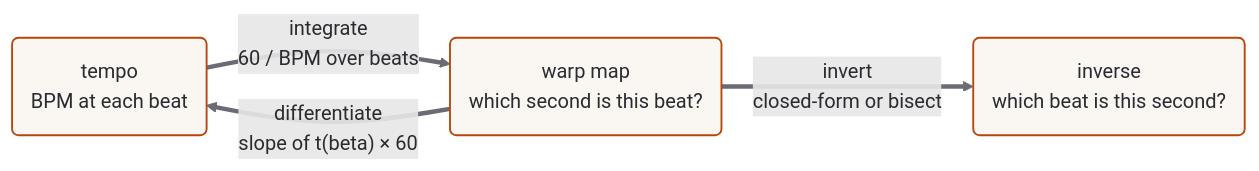
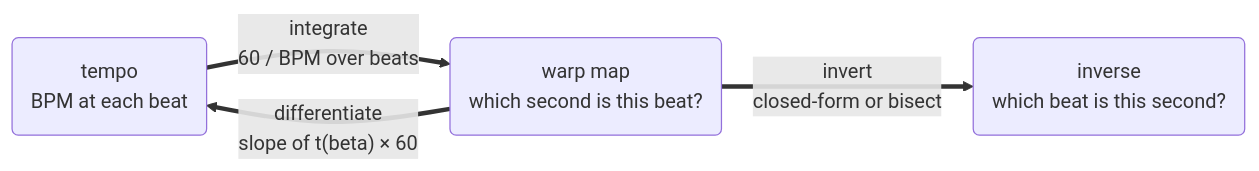
The diagram in docs/01-the-integral.md (naomiaro/warp-markers), drawn with Mermaid before and after one commit. The commit also changed other lines of this file and 1 other file, not shown here.

Commit message:
docs: make Mermaid diagram readable in dark mode
The previous diagram hard-coded #2a2a30 (near-black) text and a cream
fill, which became invisible against VitePress's dark page background.

Mermaid renders once per page and does not re-render when VitePress's
light/dark toggle fires, so styling can't live in mermaid's own theme
config. Instead, all colors are now driven by VitePress CSS variables
in docs/.vitepress/theme/custom.css:

  node fill           -> var(--vp-c-bg-soft)
  node + edge stroke  -> var(--vp-c-brand-1) / var(--vp-c-text-3)
  all label text      -> var(--vp-c-text-1)
  edge label boxes    -> var(--vp-c-bg-soft)

The CSS vars adapt to dark/light automatically, so a single SVG render
reads in both modes. Inline classDef/linkStyle overrides removed from
the diagram source so the CSS isn't fighting attribute-level colors.

Verified both modes by scripting `documentElement.classList.add/remove
("dark")` on the rendered page and screenshotting.

````diff
--- a/docs/01-the-integral.md
+++ b/docs/01-the-integral.md
@@ -19,11 +19,9 @@
 ```mermaid
 flowchart LR
-  BPM("tempo\nBPM at each beat"):::obj
-  t("warp map\nwhich second is this beat?"):::obj
-  inv("inverse\nwhich beat is this second?"):::obj
+  BPM("tempo\nBPM at each beat")
+  t("warp map\nwhich second is this beat?")
+  inv("inverse\nwhich beat is this second?")
   BPM ==>|"integrate\n60 / BPM over beats"| t
   t ==>|"differentiate\nslope of t(beta) × 60"| BPM
   t ==>|"invert\nclosed-form or bisect"| inv
-  classDef obj fill:#faf7f2,stroke:#b8470b,stroke-width:1.5px,color:#2a2a30;
-  linkStyle default stroke:#6b6b75,color:#2a2a30
 ```
````
